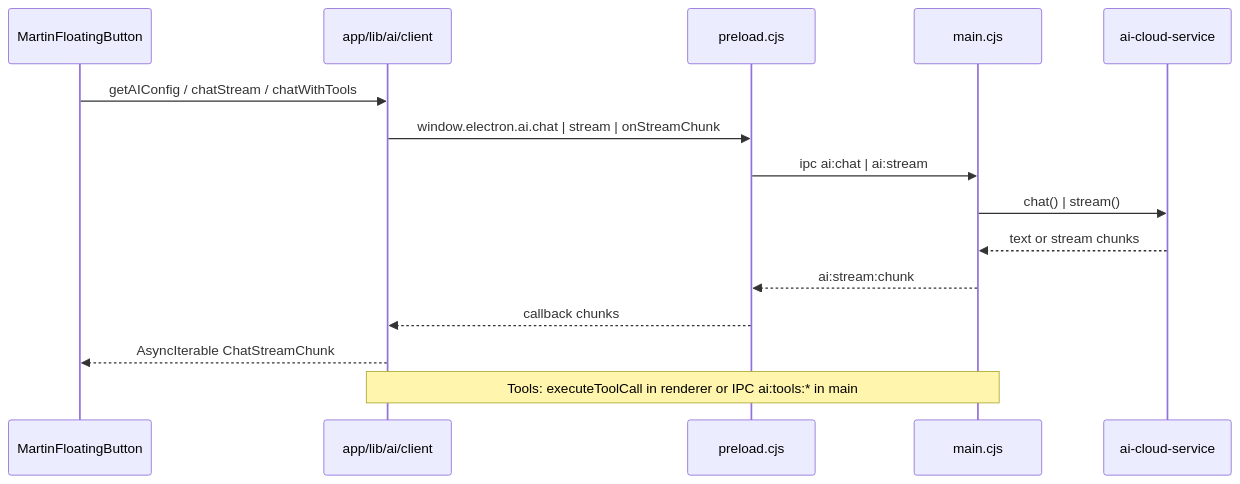
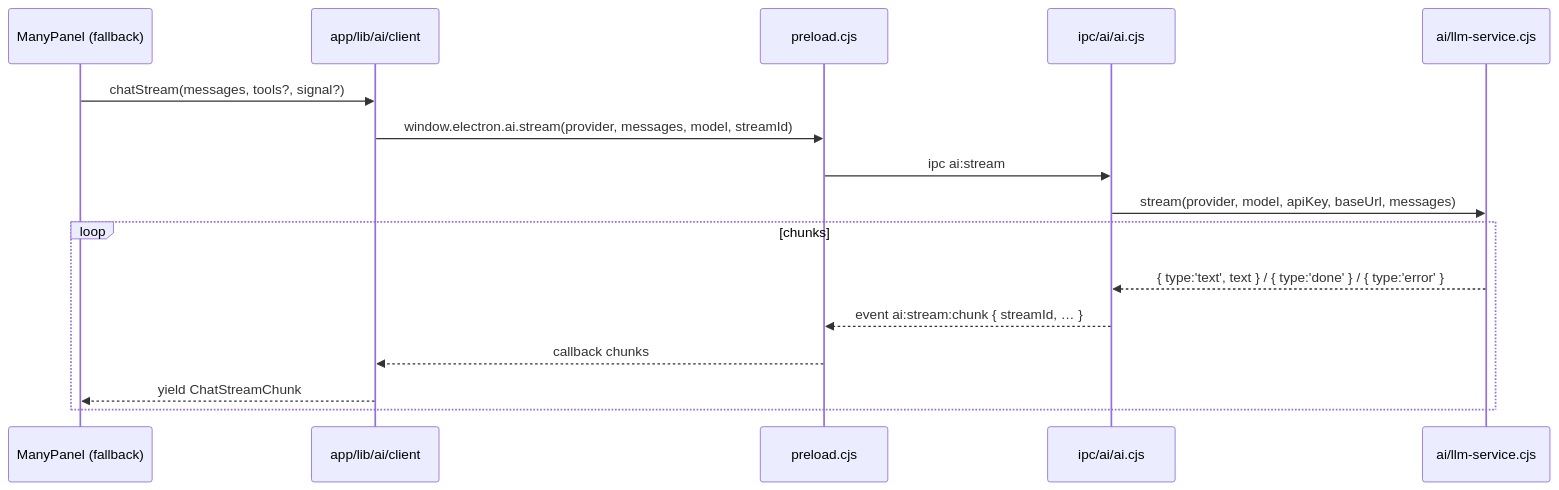
The second of 2 diagrams in docs/features/ai-chat.md (maxprain12/dome), drawn with Mermaid before and after one commit. The commit also changed other lines of this file and 5 other files, not shown here.

First line of the commit message:
docs: rewrite 6 critical docs to match v2.6.1 + DuckDB architecture

````diff
--- a/docs/features/ai-chat.md
+++ b/docs/features/ai-chat.md
@@ -187,17 +394,19 @@
 ```mermaid
 sequenceDiagram
-  participant UI as MartinFloatingButton
+  participant UI as ManyPanel (fallback)
   participant Client as app/lib/ai/client
   participant Preload as preload.cjs
-  participant Main as main.cjs
-  participant Cloud as ai-cloud-service
-  UI->>Client: getAIConfig / chatStream / chatWithTools
-  Client->>Preload: window.electron.ai.chat | stream | onStreamChunk
-  Preload->>Main: ipc ai:chat | ai:stream
-  Main->>Cloud: chat() | stream()
-  Cloud-->>Main: text or stream chunks
-  Main-->>Preload: ai:stream:chunk
-  Preload-->>Client: callback chunks
-  Client-->>UI: AsyncIterable ChatStreamChunk
-  Note over Client,Main: Tools: executeToolCall in renderer or IPC ai:tools:* in main
+  participant IPC as ipc/ai/ai.cjs
+  participant LLM as ai/llm-service.cjs
+
+  UI->>Client: chatStream(messages, tools?, signal?)
+  Client->>Preload: window.electron.ai.stream(provider, messages, model, streamId)
+  Preload->>IPC: ipc ai:stream
+  IPC->>LLM: stream(provider, model, apiKey, baseUrl, messages)
+  loop chunks
+    LLM-->>IPC: { type:'text', text } / { type:'done' } / { type:'error' }
+    IPC-->>Preload: event ai:stream:chunk { streamId, … }
+    Preload-->>Client: callback chunks
+    Client-->>UI: yield ChatStreamChunk
+  end
 ```
````
